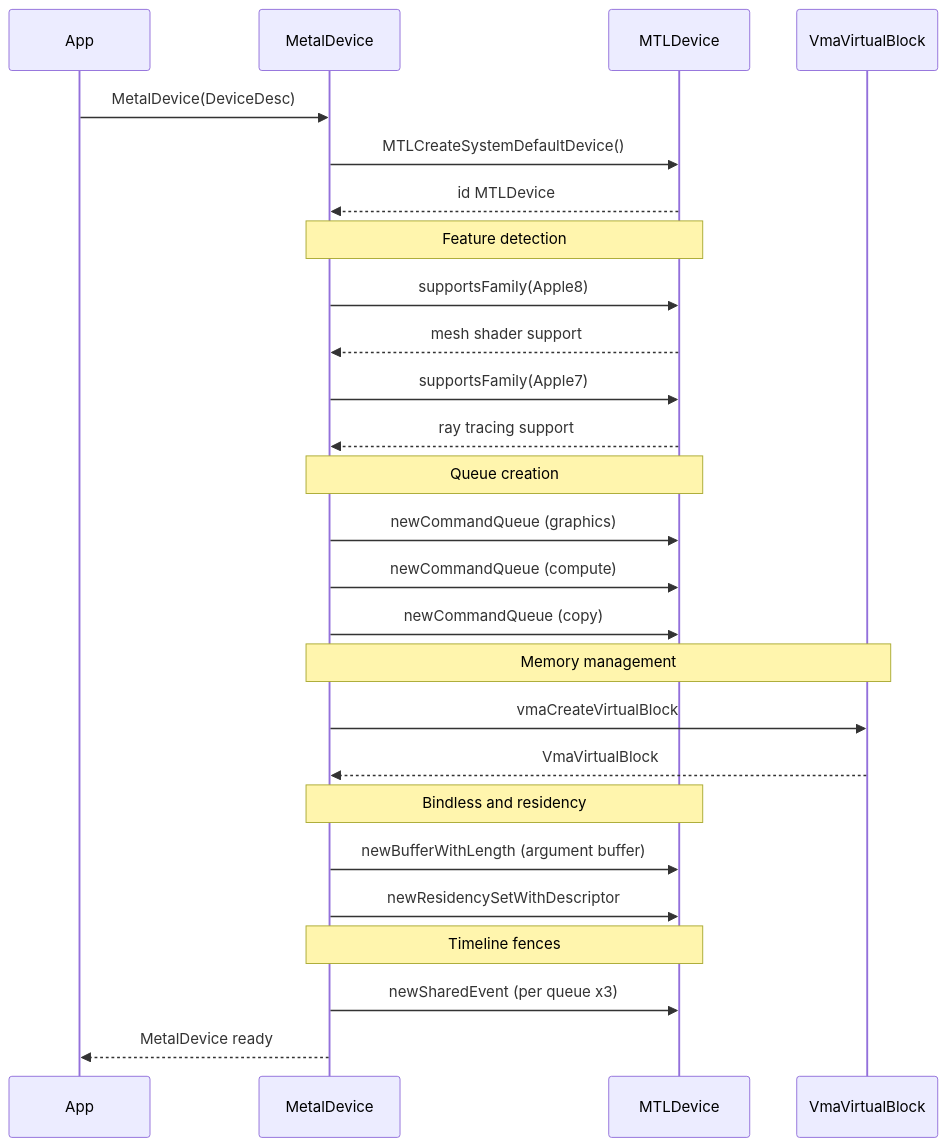
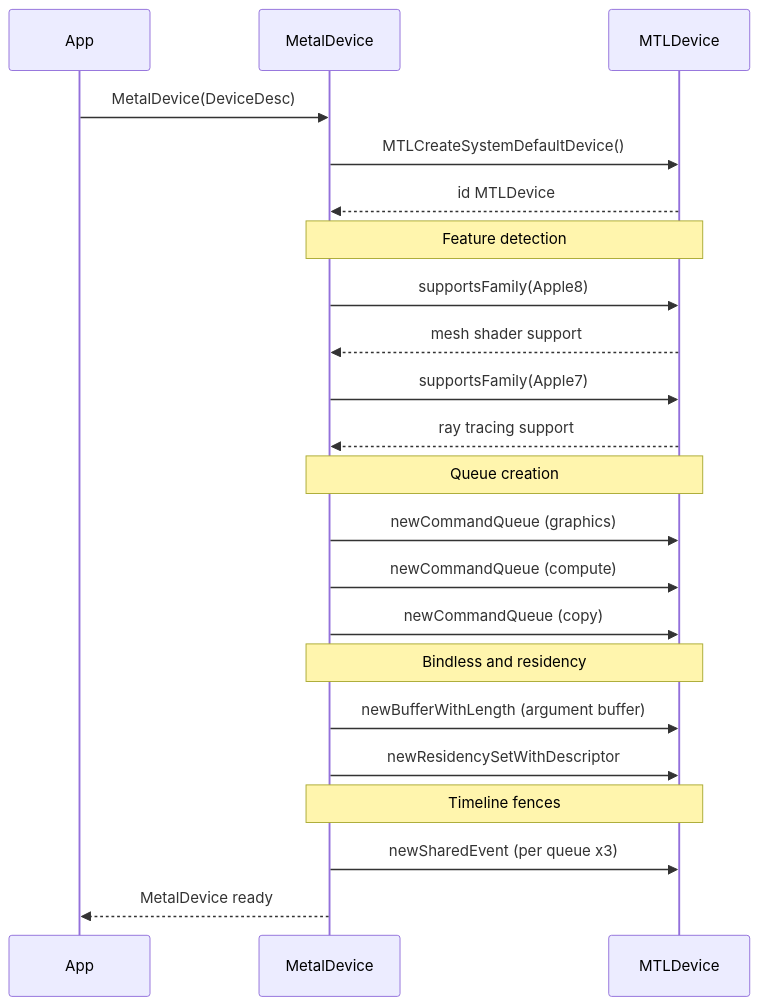
Before and after one commit to harmonius-dev/harmonius: the fourth of 7 diagrams in docs/design/gpu-backend-metal-classes.md, drawn with Mermaid. The commit also changed other lines of this file and 28 other files, not shown here.

````diff
--- a/docs/design/gpu-backend-metal-classes.md
+++ b/docs/design/gpu-backend-metal-classes.md
@@ -365,35 +364,29 @@
 ```mermaid
 sequenceDiagram
     participant App
     participant MD as MetalDevice
     participant MTL as MTLDevice
-    participant VMA as VmaVirtualBlock
-
     App->>MD: MetalDevice(DeviceDesc)
     MD->>MTL: MTLCreateSystemDefaultDevice()
     MTL-->>MD: id MTLDevice
 
     Note over MD,MTL: Feature detection
     MD->>MTL: supportsFamily(Apple8)
     MTL-->>MD: mesh shader support
     MD->>MTL: supportsFamily(Apple7)
     MTL-->>MD: ray tracing support
 
     Note over MD,MTL: Queue creation
     MD->>MTL: newCommandQueue (graphics)
     MD->>MTL: newCommandQueue (compute)
     MD->>MTL: newCommandQueue (copy)
 
-    Note over MD,VMA: Memory management
-    MD->>VMA: vmaCreateVirtualBlock
-    VMA-->>MD: VmaVirtualBlock
-
     Note over MD,MTL: Bindless and residency
     MD->>MTL: newBufferWithLength (argument buffer)
     MD->>MTL: newResidencySetWithDescriptor
 
     Note over MD,MTL: Timeline fences
     MD->>MTL: newSharedEvent (per queue x3)
 
     MD-->>App: MetalDevice ready
 ```
````
